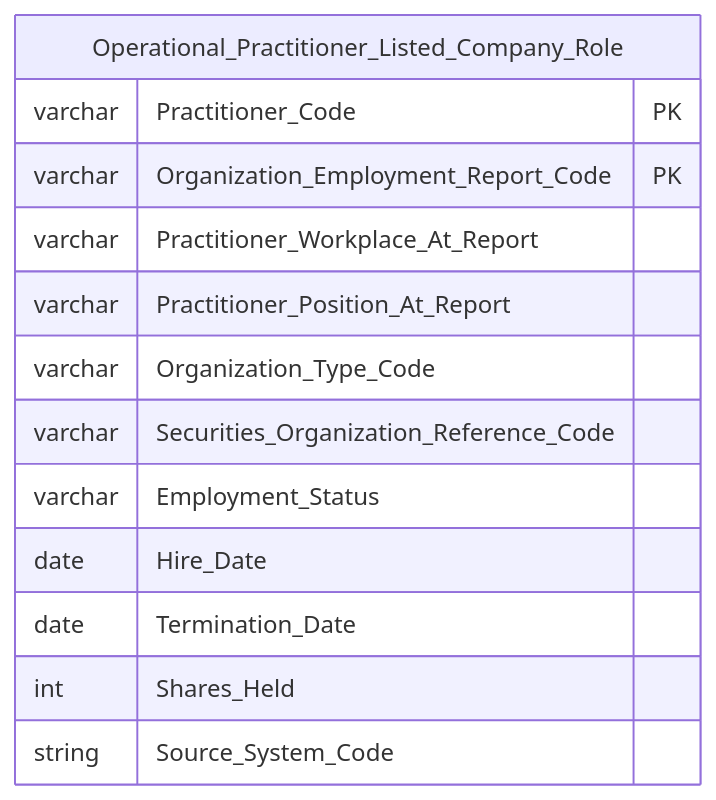
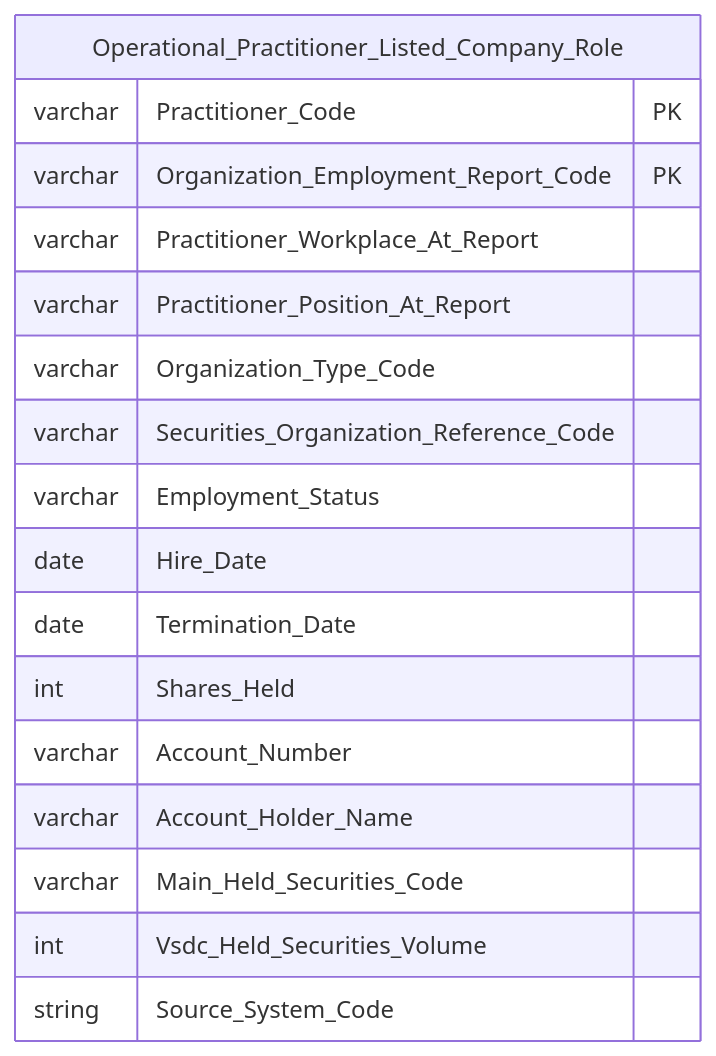
Before and after one commit to linhlvit/ubck_atomic_design: diagram 26 of 40 in Datamart/hld/DTM_NHNCK_HLD.md, drawn with Mermaid. The commit also changed other lines of this file and 6 other files, not shown here.

````diff
--- a/Datamart/hld/DTM_NHNCK_HLD.md
+++ b/Datamart/hld/DTM_NHNCK_HLD.md
@@ -1123,17 +1124,21 @@
 ```mermaid
 erDiagram
     Operational_Practitioner_Listed_Company_Role {
         varchar Practitioner_Code PK
         varchar Organization_Employment_Report_Code PK
         varchar Practitioner_Workplace_At_Report
         varchar Practitioner_Position_At_Report
         varchar Organization_Type_Code
         varchar Securities_Organization_Reference_Code
         varchar Employment_Status
         date Hire_Date
         date Termination_Date
         int Shares_Held
+        varchar Account_Number
+        varchar Account_Holder_Name
+        varchar Main_Held_Securities_Code
+        int Vsdc_Held_Securities_Volume
         string Source_System_Code
 
     }
 ```
````
